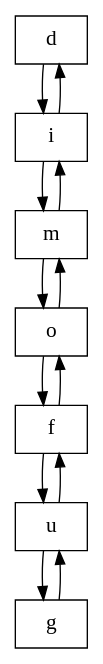
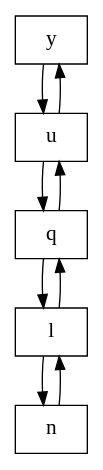
One commit to OmarLetona14/EDD_1S2020_PY1_201700377 changed the diagram in FichasJose.dot. Above: the diagram before and after it, drawn with Graphviz. The commit also changed 21 other files, not shown here.

```diff
--- a/FichasJose.dot
+++ b/FichasJose.dot
@@ -1,22 +1,16 @@
 digraph FichasJose{ 
 node [ fontsize = 16 shape = record] 
- " d8" [ label = " d" shape = record ]; 
- " d8" ->  " i9"  
- " i9" [ label = " i" shape = record ]; 
- " i9" ->  " m10"  
- " i9" ->  " d8" 
- " m10" [ label = " m" shape = record ]; 
- " m10" ->  " o11"  
- " m10" ->  " i9" 
- " o11" [ label = " o" shape = record ]; 
- " o11" ->  " f12"  
- " o11" ->  " m10" 
- " f12" [ label = " f" shape = record ]; 
- " f12" ->  " u13"  
- " f12" ->  " o11" 
- " u13" [ label = " u" shape = record ]; 
- " u13" ->  " g14"  
- " u13" ->  " f12" 
- " g14" [ label = " g" shape = record ]; 
- " g14" ->  " u13" 
+ " y1" [ label = " y" shape = record ]; 
+ " y1" ->  " u3"  
+ " u3" [ label = " u" shape = record ]; 
+ " u3" ->  " q4"  
+ " u3" ->  " y1" 
+ " q4" [ label = " q" shape = record ]; 
+ " q4" ->  " l5"  
+ " q4" ->  " u3" 
+ " l5" [ label = " l" shape = record ]; 
+ " l5" ->  " n7"  
+ " l5" ->  " q4" 
+ " n7" [ label = " n" shape = record ]; 
+ " n7" ->  " l5" 
 }
```
